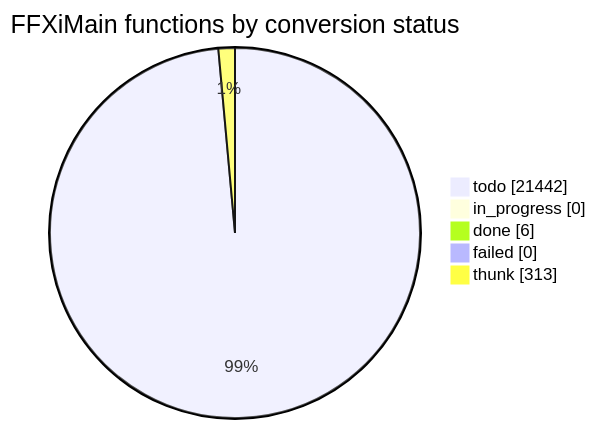
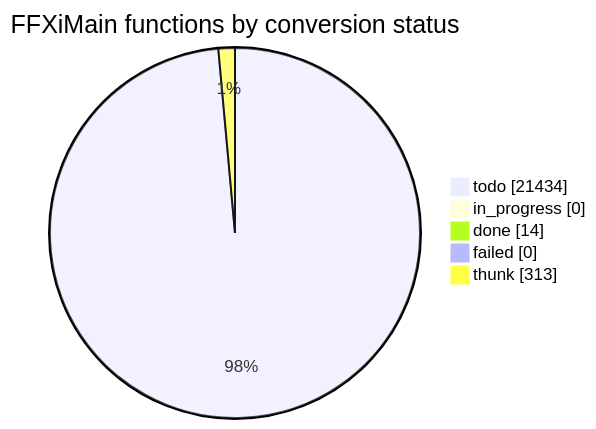
The diagram in docs/cow/STATUS.md (cowrevenge/cow_kuluu_xi_anything), drawn with Mermaid before and after one commit. The commit also changed other lines of this file and 16 other files, not shown here.

````diff
--- a/docs/cow/STATUS.md
+++ b/docs/cow/STATUS.md
@@ -18,9 +18,9 @@
 ```mermaid
 pie showData
     title FFXiMain functions by conversion status
-    "todo" : 21442
+    "todo" : 21434
     "in_progress" : 0
-    "done" : 6
+    "done" : 14
     "failed" : 0
     "thunk" : 313
 ```
````
